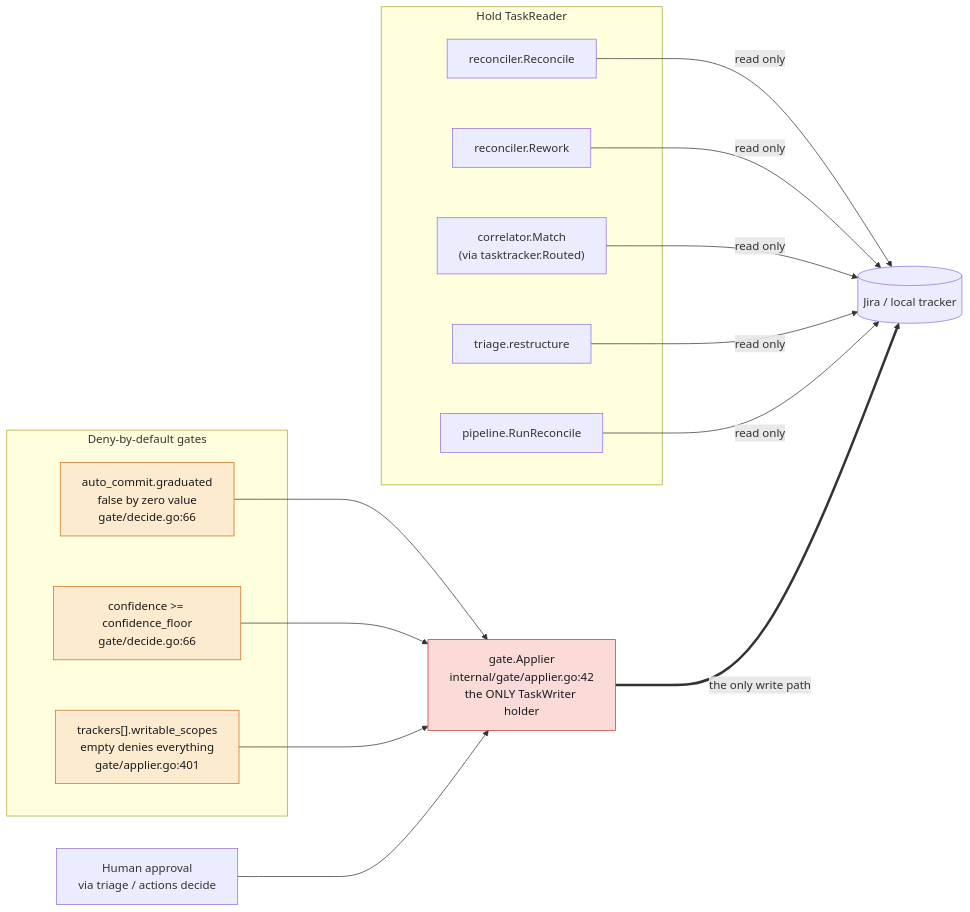
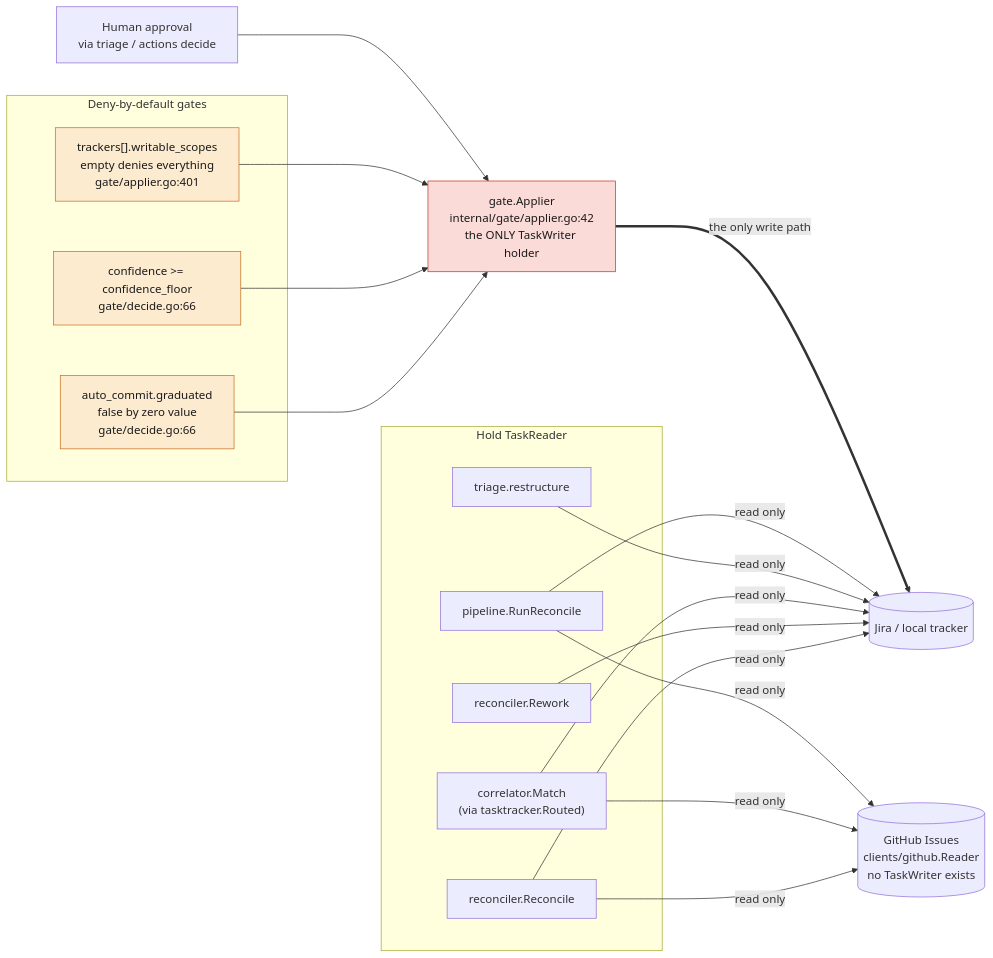
Before and after one commit to jcogilvie/unjira: the second of 4 diagrams in docs/architecture.md, drawn with Mermaid. The commit also changed other lines of this file and 20 other files, not shown here.

First line of the commit message:
tracker: GitHub read-only tracker (slice 4) (#102)

````diff
--- a/docs/architecture.md
+++ b/docs/architecture.md
@@ -205,41 +205,43 @@
 ```mermaid
 ---
 config:
   nodeSpacing: 70
   rankSpacing: 130
 ---
 flowchart LR
     subgraph readers["Hold TaskReader"]
         R1["reconciler.Reconcile"]
         R2["reconciler.Rework"]
         R3["correlator.Match<br/>(via tasktracker.Routed)"]
         R4["triage.restructure"]
         R5["pipeline.RunReconcile"]
     end
 
     subgraph gates["Deny-by-default gates"]
         G1["auto_commit.graduated<br/>false by zero value<br/>gate/decide.go:66"]
         G2["confidence >= confidence_floor<br/>gate/decide.go:66"]
         G3["trackers[].writable_scopes<br/>empty denies everything<br/>gate/applier.go:401"]
     end
 
     HUMAN["Human approval<br/>via triage / actions decide"]
     A["gate.Applier<br/>internal/gate/applier.go:42<br/>the ONLY TaskWriter holder"]
     TRACKER[("Jira / local tracker")]
+    GH[("GitHub Issues<br/>clients/github.Reader<br/>no TaskWriter exists")]
 
     R1 -->|"read only"| TRACKER
     R2 -->|"read only"| TRACKER
     R3 -->|"read only"| TRACKER
     R4 -->|"read only"| TRACKER
     R5 -->|"read only"| TRACKER
+    R1 & R3 & R5 -->|"read only"| GH
     G1 --> A
     G2 --> A
     G3 --> A
     HUMAN --> A
     A ==>|"the only write path"| TRACKER
 
     classDef danger fill:#fadbd8,stroke:#c0392b,color:#1a1a1a
     classDef gate fill:#fdebd0,stroke:#ca6f1e,color:#1a1a1a
     class A danger
     class G1,G2,G3 gate
 ```
````
